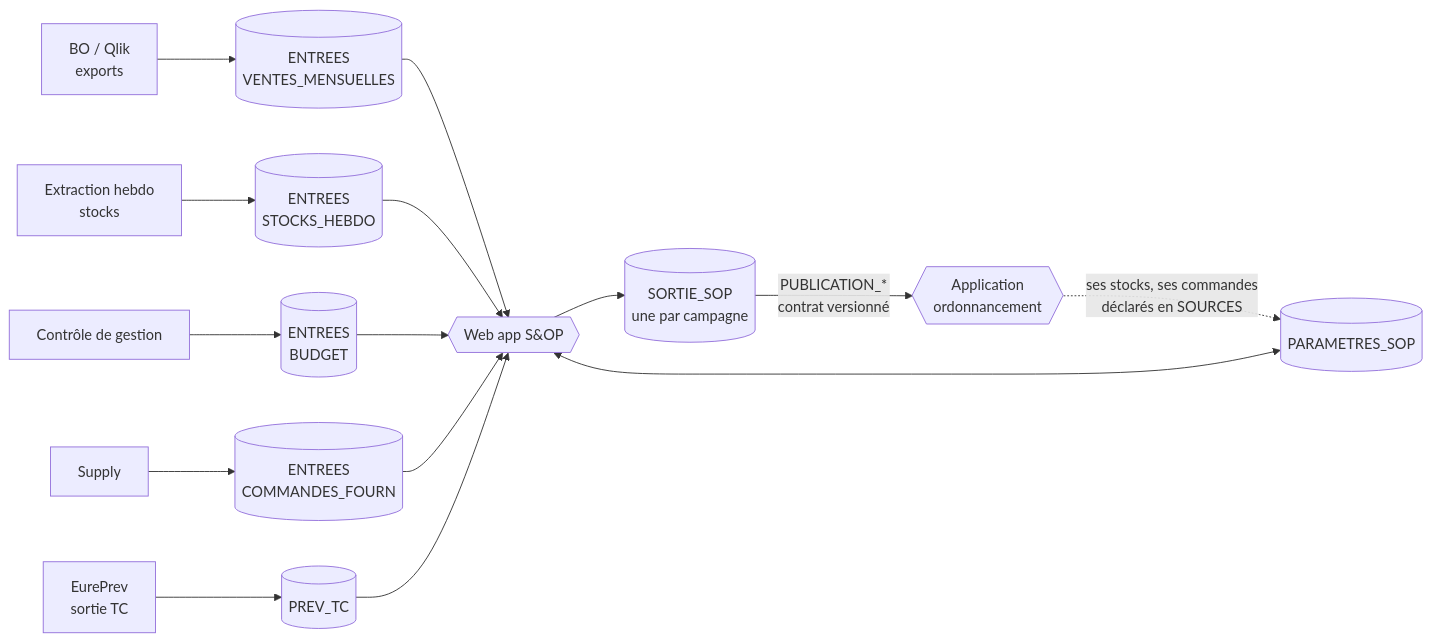
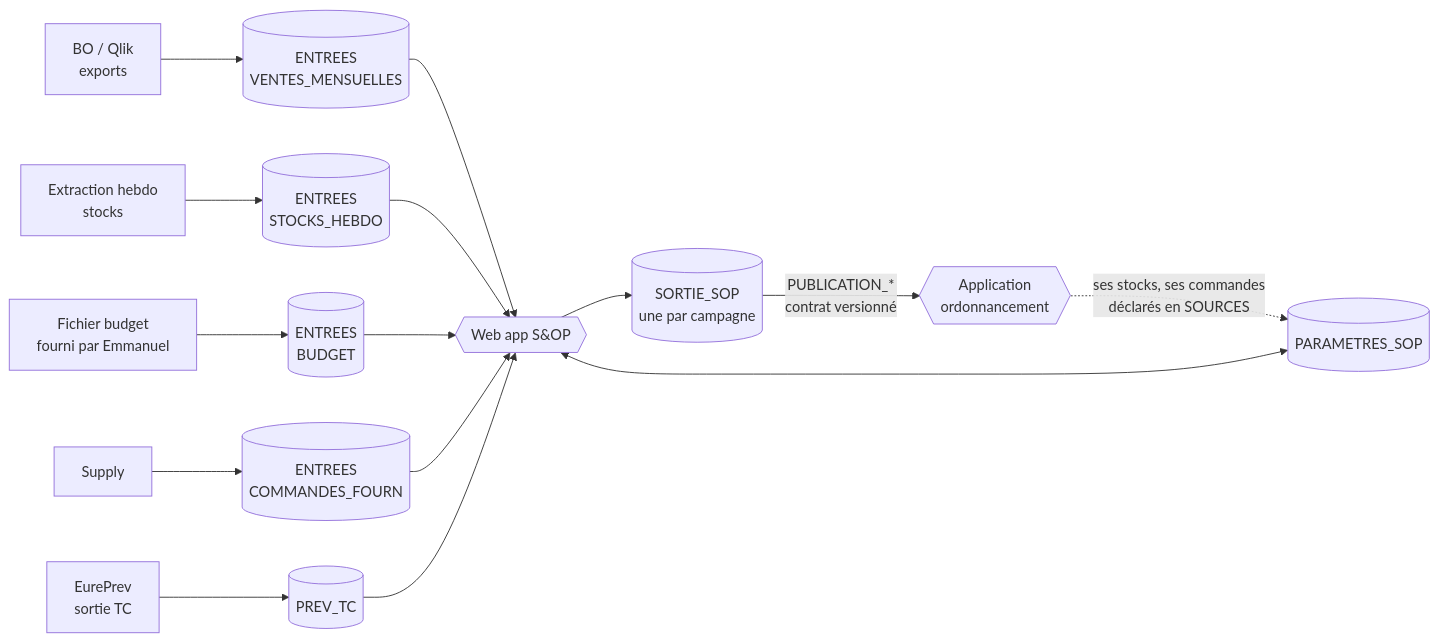
Before and after one commit to AlexFlexIA/EureSOP: the diagram in docs/_intro.md, drawn with Mermaid. The commit also changed other lines of this file and 10 other files, not shown here.

````diff
--- a/docs/_intro.md
+++ b/docs/_intro.md
@@ -7,19 +7,19 @@
 ```mermaid
 flowchart LR
   BO[BO / Qlik<br/>exports] --> VENTES[(ENTREES<br/>VENTES_MENSUELLES)]
   NB[Extraction hebdo<br/>stocks] --> STOCKS[(ENTREES<br/>STOCKS_HEBDO)]
-  CDG[Contrôle de gestion] --> BUDGET[(ENTREES<br/>BUDGET)]
+  CDG[Fichier budget<br/>fourni par Emmanuel] --> BUDGET[(ENTREES<br/>BUDGET)]
   SUP[Supply] --> CF[(ENTREES<br/>COMMANDES_FOURN)]
   EP[EurePrev<br/>sortie TC] --> PTC[(PREV_TC)]
   PARAM[(PARAMETRES_SOP)]
   APP{{Web app S&OP}}
   VENTES --> APP
   STOCKS --> APP
   BUDGET --> APP
   CF --> APP
   PTC --> APP
   PARAM <--> APP
   APP --> SORTIE[(SORTIE_SOP<br/>une par campagne)]
   SORTIE -->|PUBLICATION_*<br/>contrat versionné| ORD{{Application<br/>ordonnancement}}
   ORD -.->|ses stocks, ses commandes<br/>déclarés en SOURCES| PARAM
 ```
````
